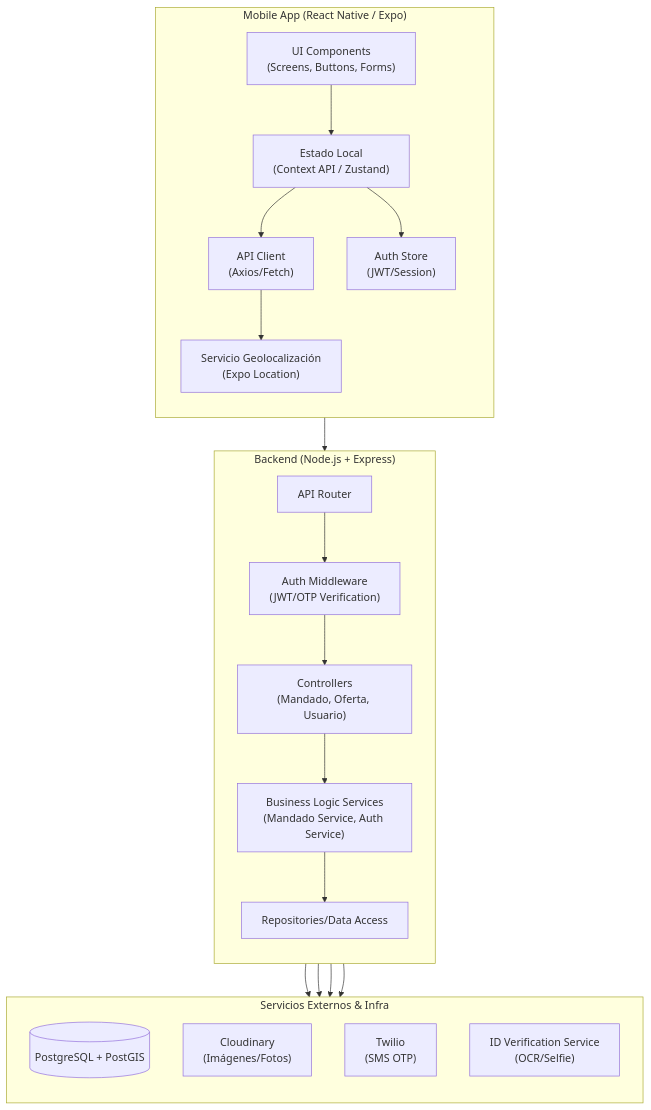
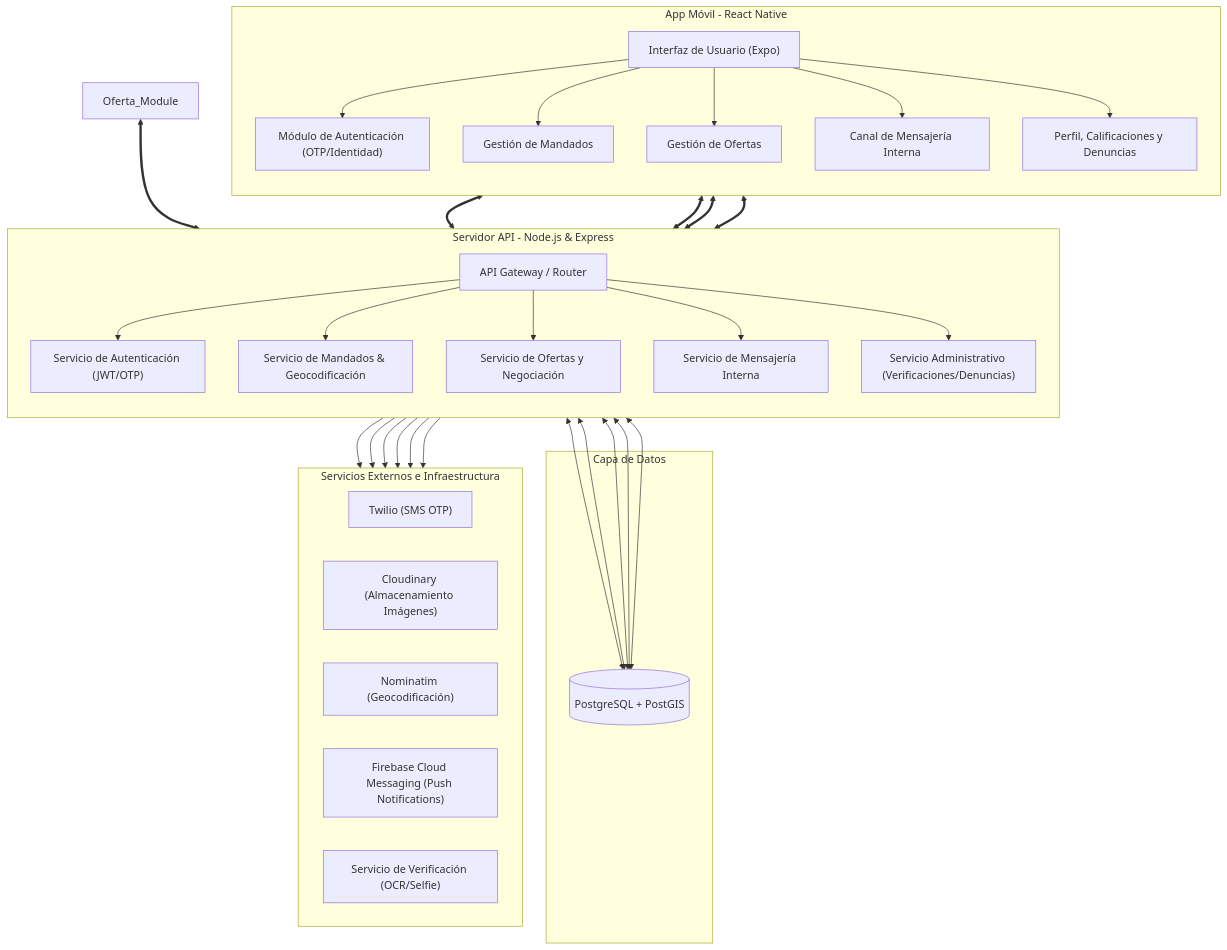
The diagram in specs/001-mandadero-mvp/diagrams/component-architecture.md (rbarcenas-mx/errand), drawn with Mermaid before and after one commit. The commit also changed other lines of this file and 24 other files, not shown here.

Commit message:
docs(specs): update MVP specification and replace sequence and data flow diagrams

````diff
--- a/specs/001-mandadero-mvp/diagrams/component-architecture.md
+++ b/specs/001-mandadero-mvp/diagrams/component-architecture.md
@@ -4,42 +5,62 @@
 ```mermaid
 flowchart TB
-    subgraph MobileApp ["Mobile App (React Native / Expo)"]
+    subgraph Client [App Móvil - React Native]
         direction TB
-        UI["UI Components\n(Screens, Buttons, Forms)"]
-        State["Estado Local\n(Context API / Zustand)"]
-        APIClient["API Client\n(Axios/Fetch)"]
-        AuthStore["Auth Store\n(JWT/Session)"]
-        GeoService["Servicio Geolocalización\n(Expo Location)"]
-        UI --> State
-        State --> APIClient
-        State --> AuthStore
-        APIClient --> GeoService
+        UI["Interfaz de Usuario (Expo)"]
+        Auth_Module["Módulo de Autenticación (OTP/Identidad)"]
+        Mandados_Module["Gestión de Mandados"]
+        Ofertas_Module["Gestión de Ofertas"]
+        Chat_Module["Canal de Mensajería Interna"]
+        Perfil_Module["Perfil, Calificaciones y Denuncias"]
     end
 
-    subgraph Backend ["Backend (Node.js + Express)"]
+    subgraph Backend [Servidor API - Node.js & Express]
         direction TB
-        Router["API Router"]
-        AuthMiddleware["Auth Middleware\n(JWT/OTP Verification)"]
-        Controller["Controllers\n(Mandado, Oferta, Usuario)"]
-        Service["Business Logic Services\n(Mandado Service, Auth Service)"]
-        Repo["Repositories/Data Access"]
-        Router --> AuthMiddleware
-        AuthMiddleware --> Controller
-        Controller --> Service
-        Service --> Repo
+        API_Gateway["API Gateway / Router"]
+        Auth_Service["Servicio de Autenticación (JWT/OTP)"]
+        Mandados_Service["Servicio de Mandados & Geocodificación"]
+        Ofertas_Service["Servicio de Ofertas y Negociación"]
+        Chat_Service["Servicio de Mensajería Interna"]
+        Admin_Service["Servicio Administrativo (Verificaciones/Denuncias)"]
     end
 
-    subgraph ExternalServices ["Servicios Externos & Infra"]
-        direction TB
+    subgraph DataLayer [Capa de Datos]
         DB[("PostgreSQL + PostGIS")]
-        Cloudinary["Cloudinary\n(Imágenes/Fotos)"]
-        Twilio["Twilio\n(SMS OTP)"]
-        AuthService["ID Verification Service\n(OCR/Selfie)"]
     end
 
-    APIClient --> Router
-    Repo --> DB
-    Service --> Cloudinary
-    Service --> Twilio
-    Service --> AuthService
+    subgraph ExternalServices [Servicios Externos e Infraestructura]
+        direction LR
+        Twilio["Twilio (SMS OTP)"]
+        Cloudinary["Cloudinary (Almacenamiento Imágenes)"]
+        Nominatim["Nominatim (Geocodificación)"]
+        FCM["Firebase Cloud Messaging (Push Notifications)"]
+        OCR_Service["Servicio de Verificación (OCR/Selfie)"]
+    end
+
+    %% Relaciones Cliente a Backend
+    UI --> Auth_Module
+    UI --> Mandados_Module
+    UI --> Ofertas_Module
+    UI --> Chat_Module
+    UI --> Perfil_Module
+
+    Auth_Module & Mandados_Module & Oferta_Module & Chat_Module & Perfil_Module <==> API_Gateway
+
+    %% Relaciones Backend Internas
+    API_Gateway --> Auth_Service
+    API_Gateway --> Mandados_Service
+    API_Gateway --> Ofertas_Service
+    API_Gateway --> Chat_Service
+    API_Gateway --> Admin_Service
+
+    %% Relaciones Backend a Datos
+    Auth_Service & Mandados_Service & Ofertas_Service & Chat_Service & Admin_Service <--> DB
+
+    %% Relaciones Backend a Externos
+    Auth_Service --> Twilio
+    Auth_Service --> OCR_Service
+    Mandados_Service --> Nominatim
+    Mandados_Service --> Cloudinary
+    Chat_Service --> FCM
+    Admin_Service --> Cloudinary
 ```
````
